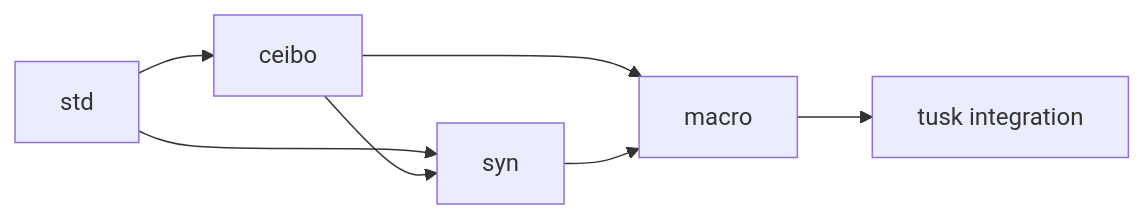
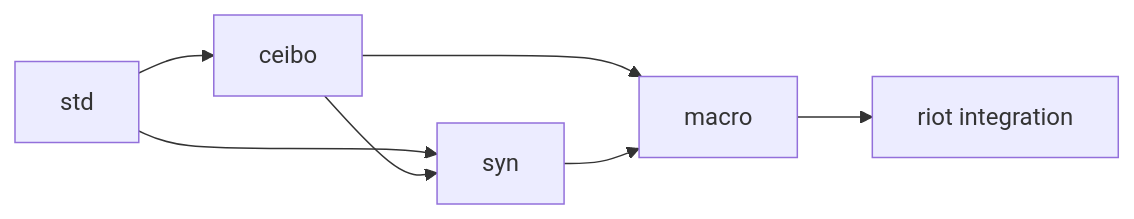
One commit to leostera/riot-lang changed the second of 4 diagrams in docs/rfds/RFD0008-macro.md. Above: the diagram before and after it, drawn with Mermaid. The commit also changed other lines of this file and 1272 other files, not shown here.

````diff
--- a/docs/rfds/RFD0008-macro.md
+++ b/docs/rfds/RFD0008-macro.md
@@ -142,9 +142,9 @@
 ```mermaid
 flowchart LR
   A[std] --> B[ceibo]
   A --> C[syn]
   B --> C
   B --> D[macro]
   C --> D
-  D --> E[tusk integration]
+  D --> E[riot integration]
 ```
````
